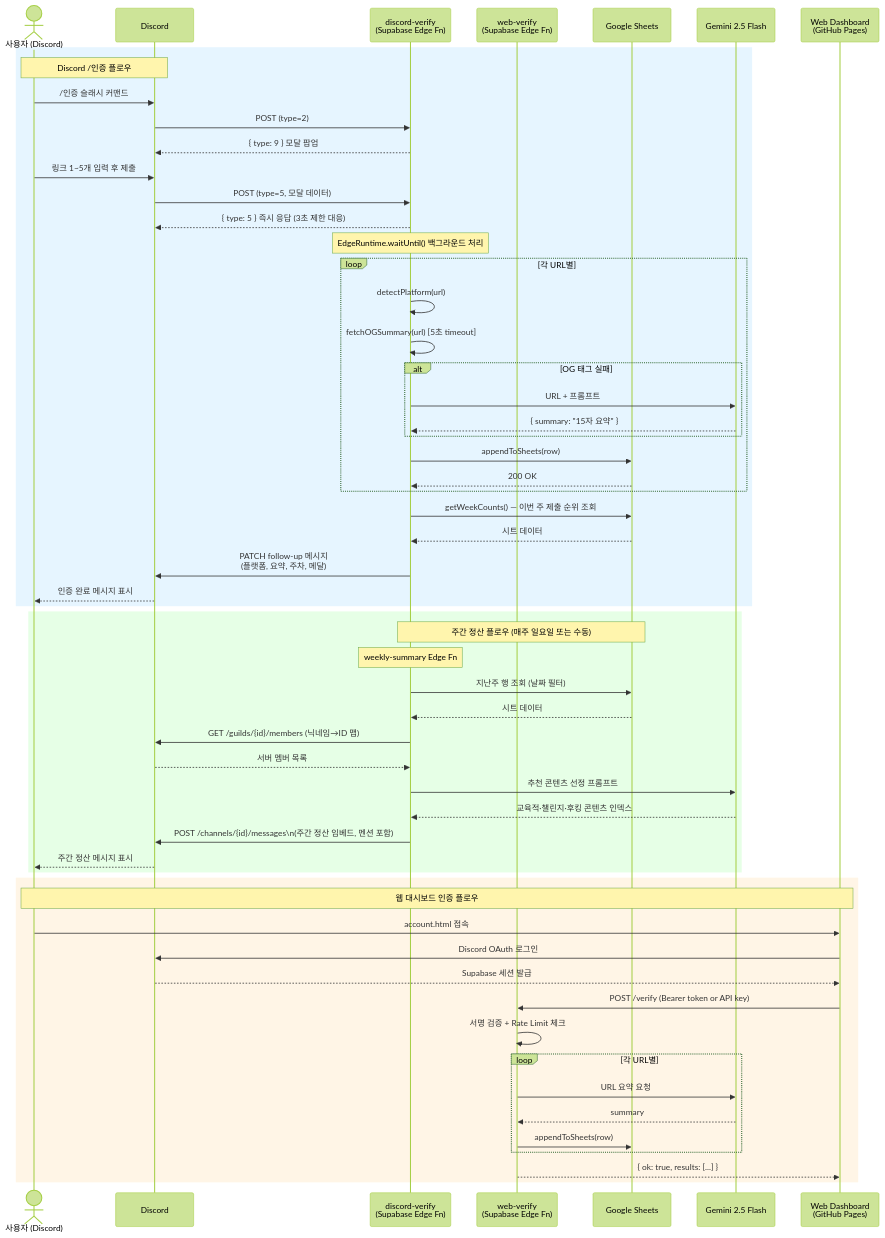
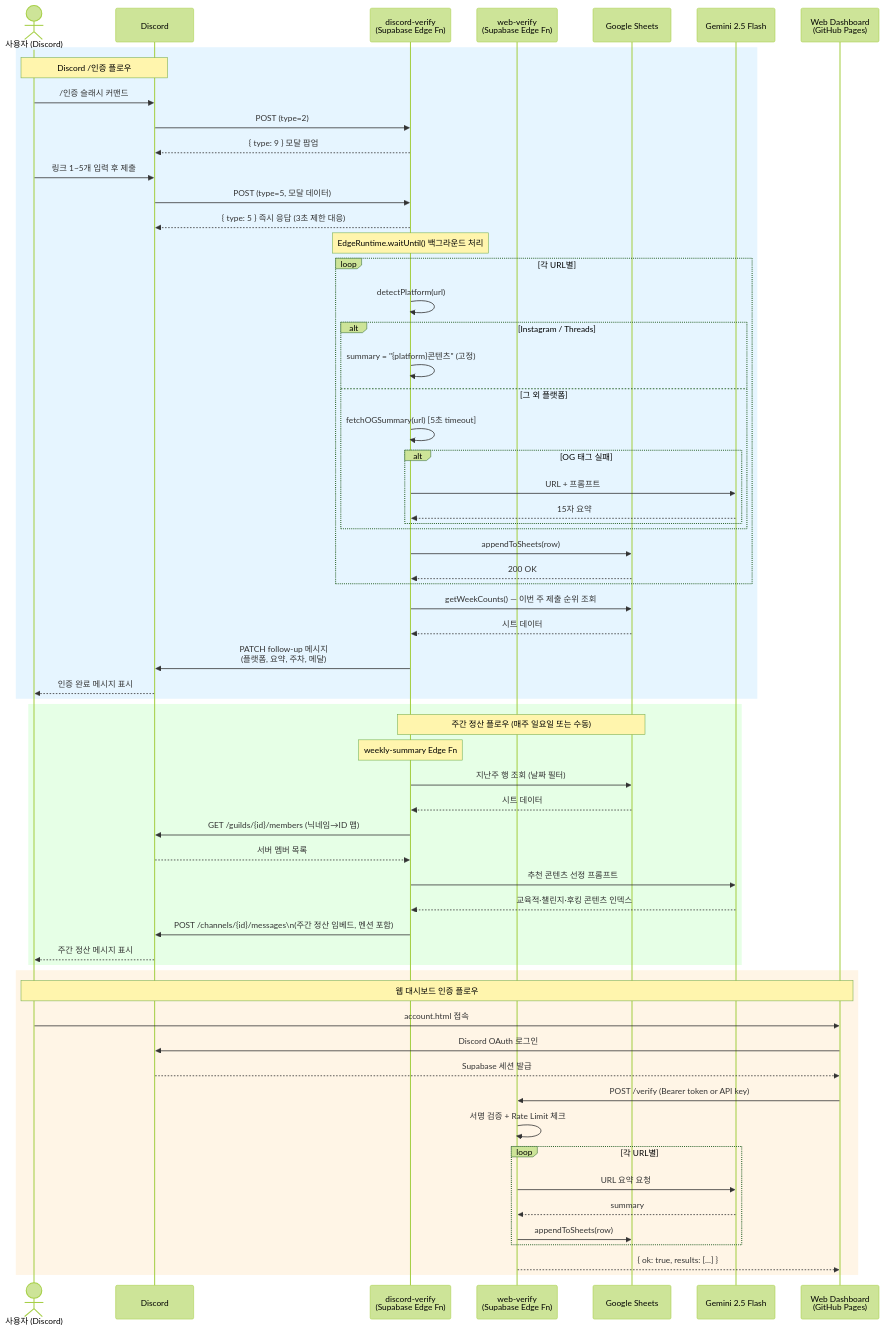
Before and after one commit to ggplab/content_designer_challenge: the first of 3 diagrams in docs/architecture.md, drawn with Mermaid (forest theme). The commit also changed other lines of this file and 1 other file, not shown here.

Commit message:
docs: update 2026-04-06 release notes

````diff
--- a/docs/architecture.md
+++ b/docs/architecture.md
@@ -9,67 +9,71 @@
 ```mermaid
 sequenceDiagram
     actor User as 사용자 (Discord)
     participant DC as Discord
     participant DV as discord-verify<br/>(Supabase Edge Fn)
     participant WV as web-verify<br/>(Supabase Edge Fn)
     participant GS as Google Sheets
     participant GM as Gemini 2.5 Flash
     participant WEB as Web Dashboard<br/>(GitHub Pages)
 
     %% Discord 인증 플로우
     rect rgb(230, 245, 255)
         Note over User,DC: Discord /인증 플로우
         User->>DC: /인증 슬래시 커맨드
         DC->>DV: POST (type=2)
         DV-->>DC: { type: 9 } 모달 팝업
         User->>DC: 링크 1~5개 입력 후 제출
         DC->>DV: POST (type=5, 모달 데이터)
         DV-->>DC: { type: 5 } 즉시 응답 (3초 제한 대응)
 
         Note over DV: EdgeRuntime.waitUntil() 백그라운드 처리
         loop 각 URL별
             DV->>DV: detectPlatform(url)
-            DV->>DV: fetchOGSummary(url) [5초 timeout]
-            alt OG 태그 실패
-                DV->>GM: URL + 프롬프트
-                GM-->>DV: { summary: "15자 요약" }
+            alt Instagram / Threads
+                DV->>DV: summary = "{platform}콘텐츠" (고정)
+            else 그 외 플랫폼
+                DV->>DV: fetchOGSummary(url) [5초 timeout]
+                alt OG 태그 실패
+                    DV->>GM: URL + 프롬프트
+                    GM-->>DV: 15자 요약
+                end
             end
             DV->>GS: appendToSheets(row)
             GS-->>DV: 200 OK
         end
         DV->>GS: getWeekCounts() — 이번 주 제출 순위 조회
         GS-->>DV: 시트 데이터
         DV->>DC: PATCH follow-up 메시지<br/>(플랫폼, 요약, 주차, 메달)
         DC-->>User: 인증 완료 메시지 표시
     end
 
     %% 주간 정산 플로우
     rect rgb(230, 255, 230)
         Note over DV,GS: 주간 정산 플로우 (매주 일요일 또는 수동)
         Note over DV: weekly-summary Edge Fn
         DV->>GS: 지난주 행 조회 (날짜 필터)
         GS-->>DV: 시트 데이터
         DV->>DC: GET /guilds/{id}/members (닉네임→ID 맵)
         DC-->>DV: 서버 멤버 목록
         DV->>GM: 추천 콘텐츠 선정 프롬프트
         GM-->>DV: 교육적·챌린지·후킹 콘텐츠 인덱스
         DV->>DC: POST /channels/{id}/messages\n(주간 정산 임베드, 멘션 포함)
         DC-->>User: 주간 정산 메시지 표시
     end
 
     %% 웹 인증 플로우
     rect rgb(255, 245, 230)
         Note over User,WEB: 웹 대시보드 인증 플로우
         User->>WEB: account.html 접속
         WEB->>DC: Discord OAuth 로그인
         DC-->>WEB: Supabase 세션 발급
         WEB->>WV: POST /verify (Bearer token or API key)
         WV->>WV: 서명 검증 + Rate Limit 체크
         loop 각 URL별
             WV->>GM: URL 요약 요청
             GM-->>WV: summary
             WV->>GS: appendToSheets(row)
         end
         WV-->>WEB: { ok: true, results: [...] }
     end
 ```
````
